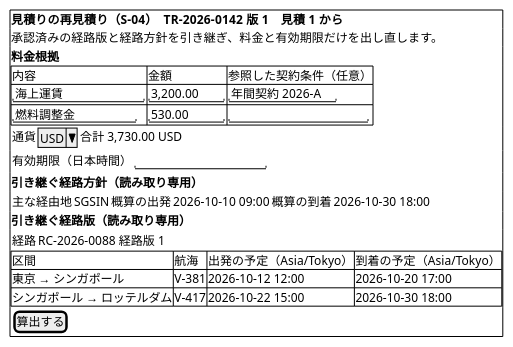
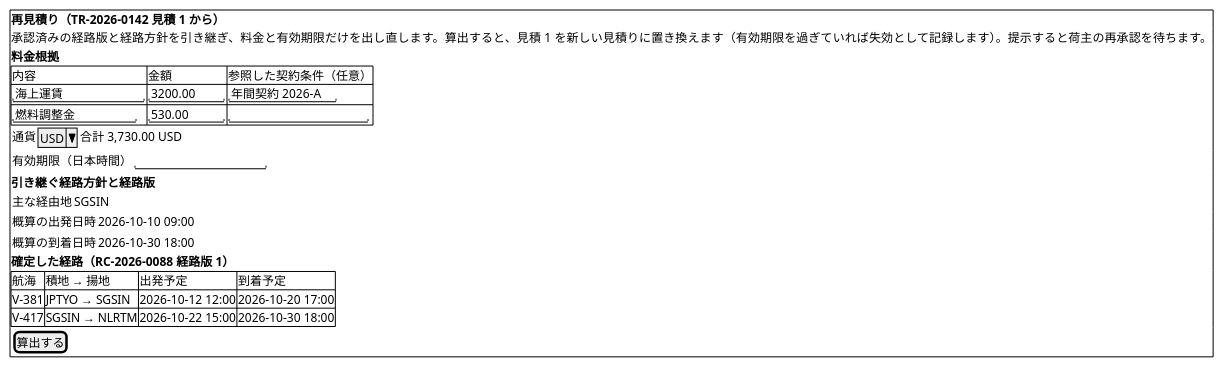
One commit to k2works/practical-domain-driven-design-in-enterpris-application changed diagram 21 of 37 in docs/design/cargo-tracker/ui_design.md. Above: the diagram before and after it, drawn with PlantUML. The commit also changed other lines of this file and 27 other files, not shown here.

````diff
--- a/docs/design/cargo-tracker/ui_design.md
+++ b/docs/design/cargo-tracker/ui_design.md
@@ -1027,26 +1027,27 @@
 ```plantuml
 @startsalt
 {+
-  <b>見積りの再見積り（S-04）　TR-2026-0142 版 1　見積 1 から
-  承認済みの経路版と経路方針を引き継ぎ、料金と有効期限だけを出し直します。
+  <b>再見積り（TR-2026-0142 見積 1 から）
+  承認済みの経路版と経路方針を引き継ぎ、料金と有効期限だけを出し直します。算出すると、見積 1 を新しい見積りに置き換えます（有効期限を過ぎていれば失効として記録します）。提示すると荷主の再承認を待ちます。
   <b>料金根拠
   {#
     内容 | 金額 | 参照した契約条件（任意）
-    "海上運賃            " | "3,200.00 " | "年間契約 2026-A  "
+    "海上運賃            " | "3200.00  " | "年間契約 2026-A  "
     "燃料調整金          " | "530.00   " | "                 "
   }
   { 通貨 | ^USD^ | 合計 3,730.00 USD }
   { 有効期限（日本時間） | "                " }
-  <b>引き継ぐ経路方針（読み取り専用）
-  { 主な経由地 | SGSIN | 概算の出発 | 2026-10-10 09:00 | 概算の到着 | 2026-10-30 18:00 }
-  <b>引き継ぐ経路版（読み取り専用）
-  { 経路 | RC-2026-0088 経路版 1 }
+  <b>引き継ぐ経路方針と経路版
+  { 主な経由地 | SGSIN }
+  { 概算の出発日時 | 2026-10-10 09:00 }
+  { 概算の到着日時 | 2026-10-30 18:00 }
+  <b>確定した経路（RC-2026-0088 経路版 1）
   {#
-    区間 | 航海 | 出発の予定（Asia/Tokyo） | 到着の予定（Asia/Tokyo）
-    東京 → シンガポール | V-381 | 2026-10-12 12:00 | 2026-10-20 17:00
-    シンガポール → ロッテルダム | V-417 | 2026-10-22 15:00 | 2026-10-30 18:00
+    航海 | 積地 → 揚地 | 出発予定 | 到着予定
+    V-381 | JPTYO → SGSIN | 2026-10-12 12:00 | 2026-10-20 17:00
+    V-417 | SGSIN → NLRTM | 2026-10-22 15:00 | 2026-10-30 18:00
   }
   { [ 算出する ] }
 }
 @endsalt
 ```
````
